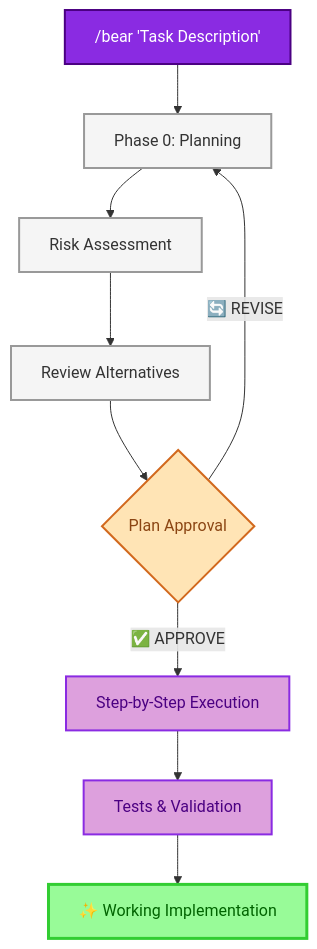
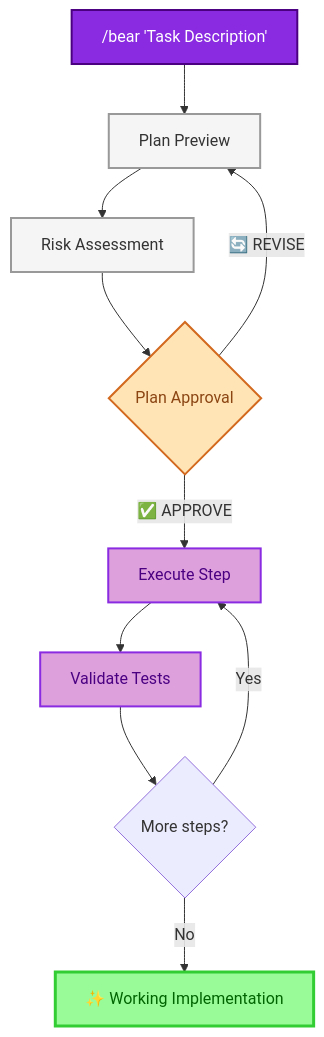
The second of 5 diagrams in README.md (bizzkoot/Codex-CLI_Kiro-Bear-Profiles), drawn with Mermaid before and after one commit. The commit also changed other lines of this file and 3 other files, not shown here.

````diff
--- a/README.md
+++ b/README.md
@@ -117,20 +117,20 @@
 ```mermaid
 graph TD
-    A["/bear 'Task Description'"] --> B[Phase 0: Planning]
+    A["/bear 'Task Description'"] --> B[Plan Preview]
     B --> C[Risk Assessment]
-    C --> D[Review Alternatives]
-    D --> E{Plan Approval}
-    E -->|✅ APPROVE| F[Step-by-Step Execution]
-    E -->|🔄 REVISE| B
-    F --> G[Tests & Validation]
-    G --> H[✨ Working Implementation]
+    C --> D{Plan Approval}
+    D -->|✅ APPROVE| E[Execute Step]
+    D -->|🔄 REVISE| B
+    E --> F[Validate Tests]
+    F --> G{More steps?}
+    G -->|Yes| E
+    G -->|No| H[✨ Working Implementation]
     
     style A fill:#8A2BE2,stroke:#4B0082,stroke-width:2px,color:#FFFFFF
     style B fill:#F5F5F5,stroke:#999999,stroke-width:2px,color:#333333
     style C fill:#F5F5F5,stroke:#999999,stroke-width:2px,color:#333333
-    style D fill:#F5F5F5,stroke:#999999,stroke-width:2px,color:#333333
-    style E fill:#FFE4B5,stroke:#D2691E,stroke-width:2px,color:#8B4513
+    style D fill:#FFE4B5,stroke:#D2691E,stroke-width:2px,color:#8B4513
+    style E fill:#DDA0DD,stroke:#8A2BE2,stroke-width:2px,color:#4B0082
     style F fill:#DDA0DD,stroke:#8A2BE2,stroke-width:2px,color:#4B0082
-    style G fill:#DDA0DD,stroke:#8A2BE2,stroke-width:2px,color:#4B0082
     style H fill:#98FB98,stroke:#32CD32,stroke-width:3px,color:#006400
 ```
````
